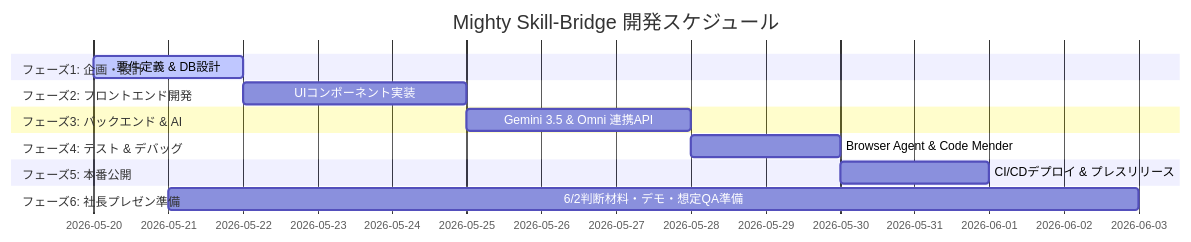
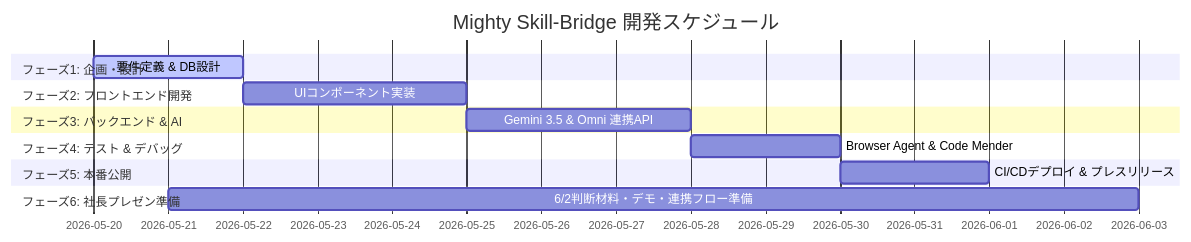
Before and after one commit to kanta13jp1/mighty-link-ai-connect: the diagram in docs/WBS.md, drawn with Mermaid. The commit also changed other lines of this file and 10 other files, not shown here.

````diff
--- a/docs/WBS.md
+++ b/docs/WBS.md
@@ -12,17 +12,17 @@
 ```mermaid
 gantt
     title Mighty Skill-Bridge 開発スケジュール
     dateFormat  YYYY-MM-DD
     section フェーズ1: 企画・設計
     要件定義 & DB設計          :active, a1, 2026-05-20, 2d
     section フェーズ2: フロントエンド開発
     UIコンポーネント実装        : b1, after a1, 3d
     section フェーズ3: バックエンド & AI
     Gemini 3.5 & Omni 連携API : c1, after b1, 3d
     section フェーズ4: テスト & デバッグ
     Browser Agent & Code Mender: d1, after c1, 2d
     section フェーズ5: 本番公開
     CI/CDデプロイ & プレスリリース: e1, after d1, 2d
     section フェーズ6: 社長プレゼン準備
-    6/2判断材料・デモ・想定QA準備: f1, 2026-05-21, 13d
+    6/2判断材料・デモ・連携フロー準備: f1, 2026-05-21, 13d
 ```
````
